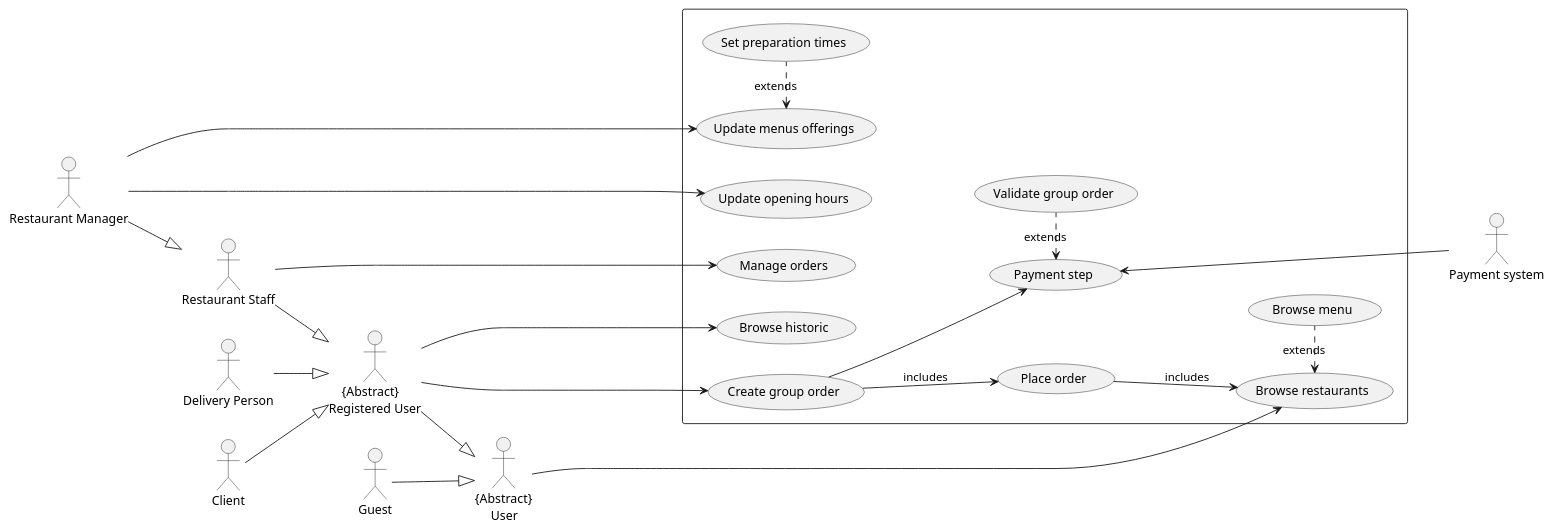
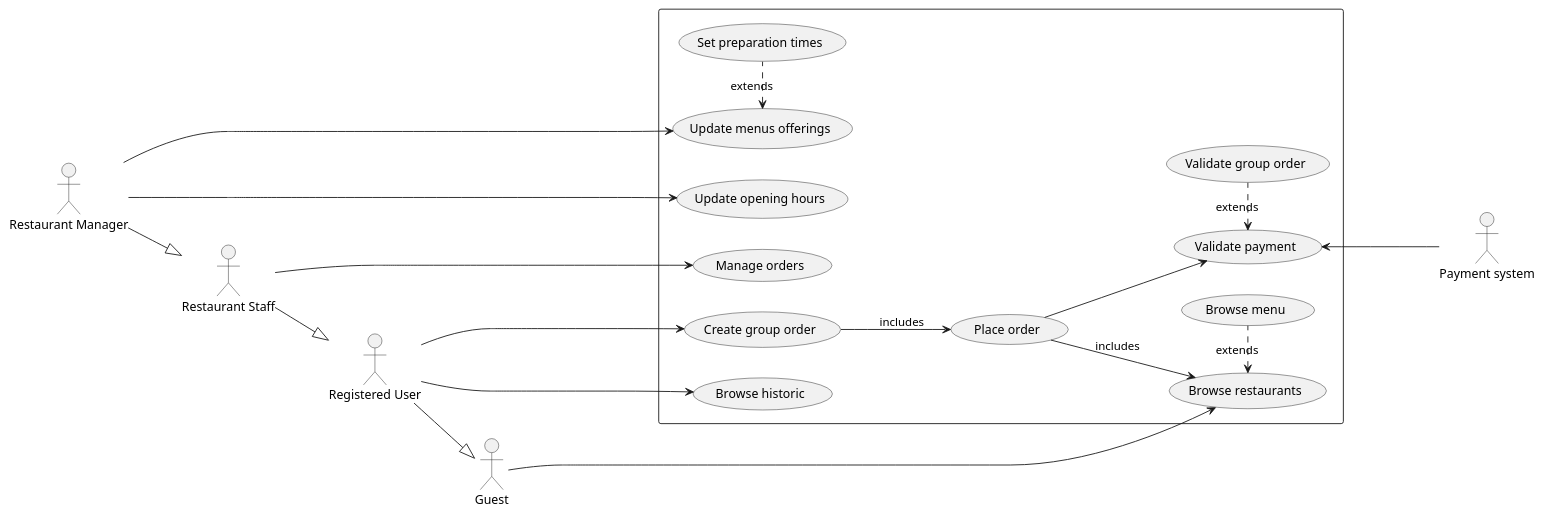
One commit to Other-Project/SI4-STEats changed the first of 4 diagrams in doc/uml.md. Above: the diagram before and after it, drawn with PlantUML. The commit also changed other lines of this file, not shown here.

Commit message:
docs : Update uml.md

````diff
--- a/doc/uml.md
+++ b/doc/uml.md
@@ -17,48 +17,42 @@
 ```plantuml
 @startuml
 left to right direction
 actor "Restaurant Manager" as manager
 actor "Restaurant Staff" as restaurant
-actor "Client" as client
-actor "Delivery Person" as delivery
-actor "    {Abstract}\nRegistered User" as registered_user
+actor "Registered User" as registered_user
 actor "Guest" as guest
-actor "{Abstract}\n     User" as user
 actor "Payment system" as payment_system
 rectangle {
   usecase "Browse restaurants" as UC1
   usecase "Browse menu" as UC2
   usecase "Update opening hours" as UC10
   usecase "Update menus offerings" as UC20
   usecase "Set preparation times" as UC30
   usecase "Manage orders" as UC40
   usecase "Place order" as UC3
   usecase "Create group order" as UC4
   usecase "Validate group order" as UC5
   usecase "Browse historic" as UC6
-  usecase "Payment step" as UC7
+  usecase "Validate payment" as UC7
 }
-guest --|> user
-client --|> registered_user
 manager --|> restaurant
-delivery --|> registered_user
 restaurant --|> registered_user
-registered_user --|> user
-user ------> UC1
+registered_user --|> guest
+guest ------> UC1
 UC1 <. UC2 : extends
  
 UC3 --> UC1 : includes
 registered_user ---> UC4 
 registered_user ---> UC6
 UC4 --> UC3 : includes
-UC4 --> UC7
+UC3 --> UC7
 UC7 <. UC5 : extends
 UC7 <--- payment_system
 
 restaurant --> UC40
 manager --> UC10
 manager --> UC20
 UC20 <. UC30 : extends
 
 @enduml
 ```
````
